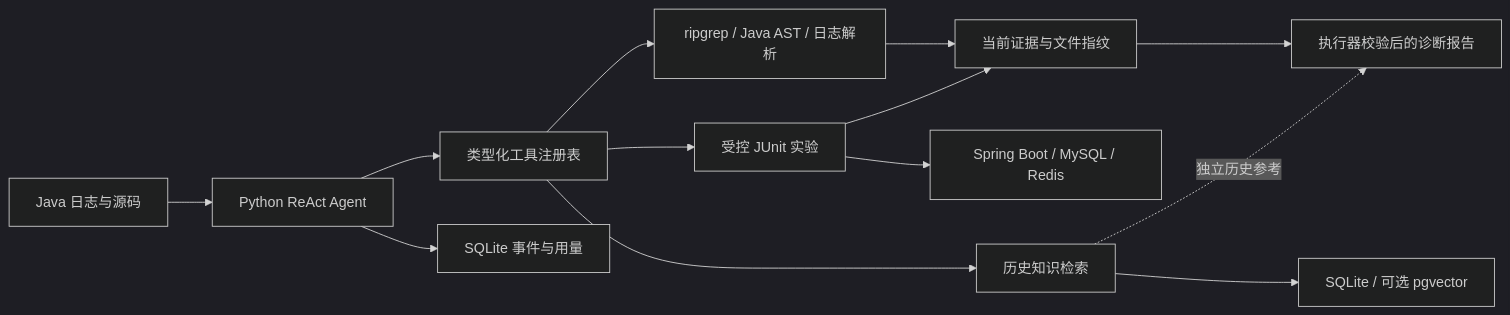
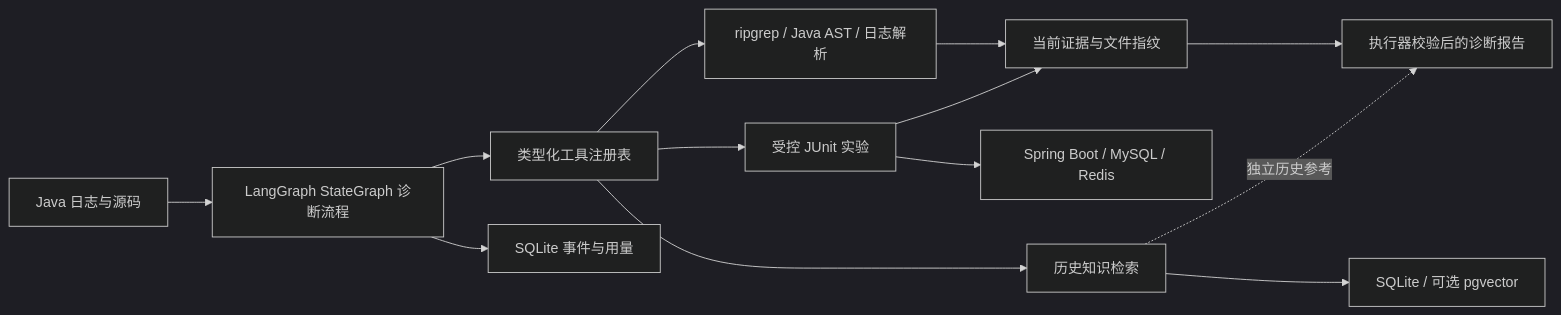
One commit to spylent-1/devtriage changed the diagram in README.md. Above: the diagram before and after it, drawn with Mermaid (dark theme). The commit also changed other lines of this file and 7 other files, not shown here.

````diff
--- a/README.md
+++ b/README.md
@@ -52,15 +54,15 @@
 ```mermaid
 flowchart LR
-    Input[Java 日志与源码] --> Agent[Python ReAct Agent]
+    Input[Java 日志与源码] --> Agent[LangGraph StateGraph 诊断流程]
     Agent --> Tools[类型化工具注册表]
     Tools --> Source[ripgrep / Java AST / 日志解析]
     Tools --> Knowledge[历史知识检索]
     Knowledge --> Store[SQLite / 可选 pgvector]
     Tools --> Lab[受控 JUnit 实验]
     Lab --> Service[Spring Boot / MySQL / Redis]
     Source --> Evidence[当前证据与文件指纹]
     Lab --> Evidence
     Evidence --> Report[执行器校验后的诊断报告]
     Knowledge -. 独立历史参考 .-> Report
     Agent --> Events[SQLite 事件与用量]
 ```
````
